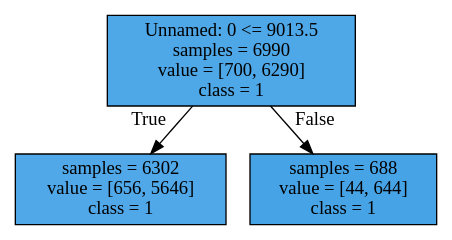
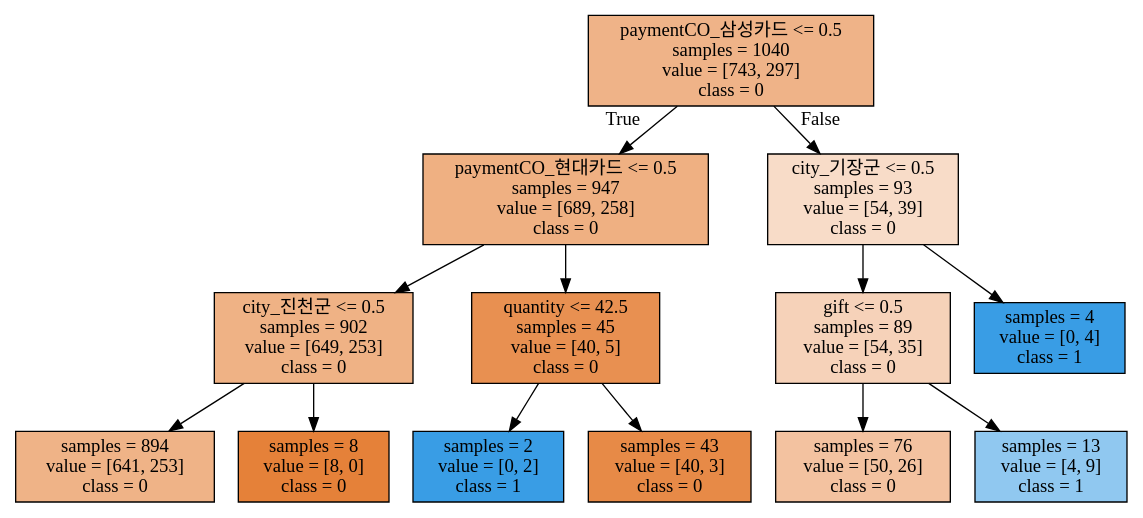
Before and after one commit to taekminKim/postech: the diagram in Downloads/homework/tree.dot, drawn with Graphviz. The commit also changed 6 other files, not shown here.

```diff
--- a/Downloads/homework/tree.dot
+++ b/Downloads/homework/tree.dot
@@ -1,8 +1,28 @@
 digraph Tree {
 node [shape=box, style="filled", color="black"] ;
-0 [label="Unnamed: 0 <= 9013.5\nsamples = 6990\nvalue = [700, 6290]\nclass = 1", fillcolor="#399de5e3"] ;
-1 [label="samples = 6302\nvalue = [656, 5646]\nclass = 1", fillcolor="#399de5e1"] ;
+0 [label="paymentCO_삼성카드 <= 0.5\nsamples = 1040\nvalue = [743, 297]\nclass = 0", fillcolor="#e5813999"] ;
+1 [label="paymentCO_현대카드 <= 0.5\nsamples = 947\nvalue = [689, 258]\nclass = 0", fillcolor="#e58139a0"] ;
 0 -> 1 [labeldistance=2.5, labelangle=45, headlabel="True"] ;
-2 [label="samples = 688\nvalue = [44, 644]\nclass = 1", fillcolor="#399de5ee"] ;
-0 -> 2 [labeldistance=2.5, labelangle=-45, headlabel="False"] ;
+2 [label="city_진천군 <= 0.5\nsamples = 902\nvalue = [649, 253]\nclass = 0", fillcolor="#e581399c"] ;
+1 -> 2 ;
+3 [label="samples = 894\nvalue = [641, 253]\nclass = 0", fillcolor="#e581399a"] ;
+2 -> 3 ;
+4 [label="samples = 8\nvalue = [8, 0]\nclass = 0", fillcolor="#e58139ff"] ;
+2 -> 4 ;
+5 [label="quantity <= 42.5\nsamples = 45\nvalue = [40, 5]\nclass = 0", fillcolor="#e58139df"] ;
+1 -> 5 ;
+6 [label="samples = 2\nvalue = [0, 2]\nclass = 1", fillcolor="#399de5ff"] ;
+5 -> 6 ;
+7 [label="samples = 43\nvalue = [40, 3]\nclass = 0", fillcolor="#e58139ec"] ;
+5 -> 7 ;
+8 [label="city_기장군 <= 0.5\nsamples = 93\nvalue = [54, 39]\nclass = 0", fillcolor="#e5813947"] ;
+0 -> 8 [labeldistance=2.5, labelangle=-45, headlabel="False"] ;
+9 [label="gift <= 0.5\nsamples = 89\nvalue = [54, 35]\nclass = 0", fillcolor="#e581395a"] ;
+8 -> 9 ;
+10 [label="samples = 76\nvalue = [50, 26]\nclass = 0", fillcolor="#e581397a"] ;
+9 -> 10 ;
+11 [label="samples = 13\nvalue = [4, 9]\nclass = 1", fillcolor="#399de58e"] ;
+9 -> 11 ;
+12 [label="samples = 4\nvalue = [0, 4]\nclass = 1", fillcolor="#399de5ff"] ;
+8 -> 12 ;
 }
```
